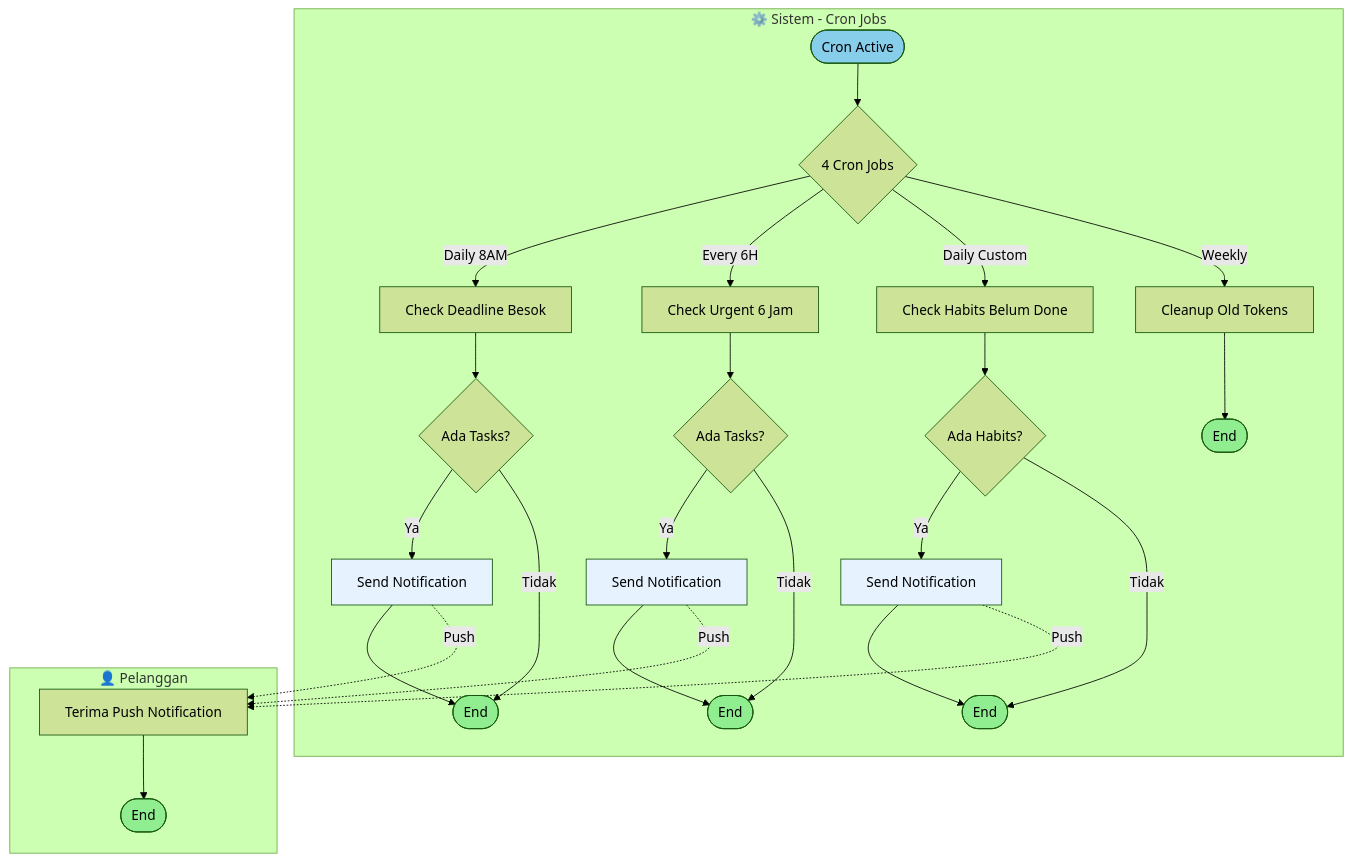
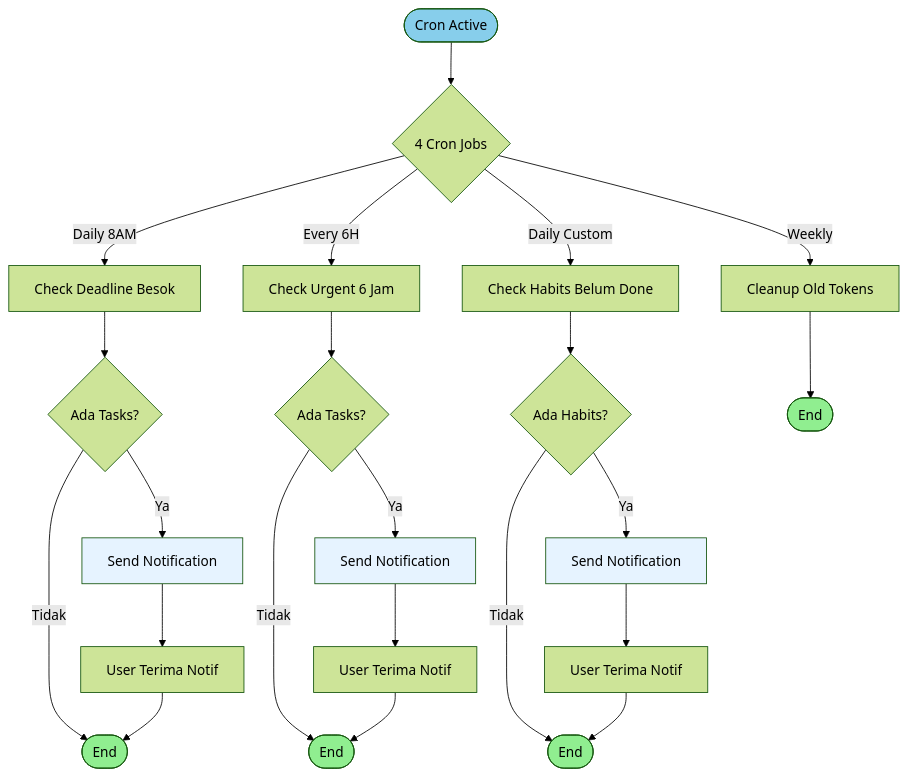
One commit to FarhanEfendi21/FlowDay changed the eighth of 11 diagrams in ACTIVITY_DIAGRAMS.md. Above: the diagram before and after it, drawn with Mermaid (forest theme). The commit also changed other lines of this file, not shown here.

Commit message:
fix activity diagram

````diff
--- a/ACTIVITY_DIAGRAMS.md
+++ b/ACTIVITY_DIAGRAMS.md
@@ -305,46 +290,37 @@
 ```mermaid
-graph TD
-    subgraph System["⚙️ Sistem - Cron Jobs"]
-        A([Cron Active]) --> B{4 Cron Jobs}
-        
-        B -->|Daily 8AM| C[Check Deadline Besok]
-        C --> D{Ada Tasks?}
-        D -->|Ya| E[Send Notification]
-        D -->|Tidak| F([End])
-        E --> F
-        
-        B -->|Every 6H| G[Check Urgent 6 Jam]
-        G --> H{Ada Tasks?}
-        H -->|Ya| I[Send Notification]
-        H -->|Tidak| J([End])
-        I --> J
-        
-        B -->|Daily Custom| K[Check Habits Belum Done]
-        K --> L{Ada Habits?}
-        L -->|Ya| M[Send Notification]
-        L -->|Tidak| N([End])
-        M --> N
-        
-        B -->|Weekly| O[Cleanup Old Tokens]
-        O --> P([End])
-    end
+flowchart TB
+    Start([Cron Active]) --> Jobs{4 Cron Jobs}
     
-    subgraph User["👤 Pelanggan"]
-        Q[Terima Push Notification]
-        Q --> R([End])
-    end
+    Jobs -->|Daily 8AM| A1[Check Deadline Besok]
+    A1 --> A2{Ada Tasks?}
+    A2 -->|Ya| A3[Send Notification]
+    A2 -->|Tidak| A4([End])
+    A3 --> A5[User Terima Notif]
+    A5 --> A4
     
-    E -.->|Push| Q
-    I -.->|Push| Q
-    M -.->|Push| Q
+    Jobs -->|Every 6H| B1[Check Urgent 6 Jam]
+    B1 --> B2{Ada Tasks?}
+    B2 -->|Ya| B3[Send Notification]
+    B2 -->|Tidak| B4([End])
+    B3 --> B5[User Terima Notif]
+    B5 --> B4
+    
+    Jobs -->|Daily Custom| C1[Check Habits Belum Done]
+    C1 --> C2{Ada Habits?}
+    C2 -->|Ya| C3[Send Notification]
+    C2 -->|Tidak| C4([End])
+    C3 --> C5[User Terima Notif]
+    C5 --> C4
+    
+    Jobs -->|Weekly| D1[Cleanup Old Tokens]
+    D1 --> D2([End])
 
-    style A fill:#87CEEB
-    style F fill:#90EE90
-    style J fill:#90EE90
-    style N fill:#90EE90
-    style P fill:#90EE90
-    style R fill:#90EE90
-    style E fill:#E6F3FF
-    style I fill:#E6F3FF
-    style M fill:#E6F3FF
+    style Start fill:#87CEEB
+    style A4 fill:#90EE90
+    style B4 fill:#90EE90
+    style C4 fill:#90EE90
+    style D2 fill:#90EE90
+    style A3 fill:#E6F3FF
+    style B3 fill:#E6F3FF
+    style C3 fill:#E6F3FF
 ```
````
